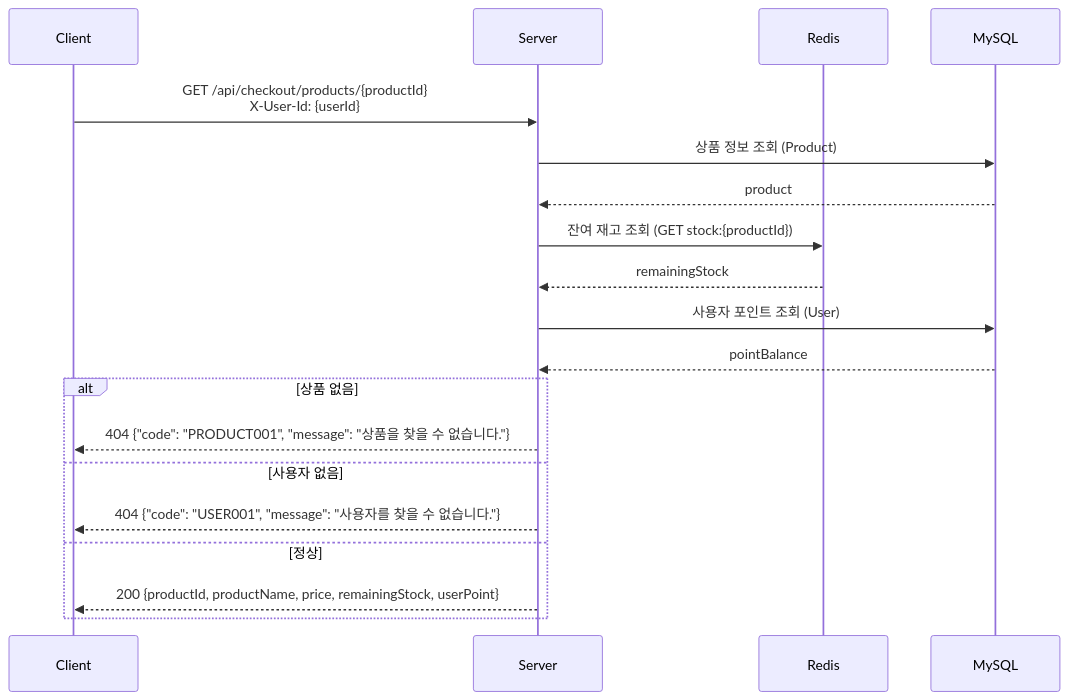
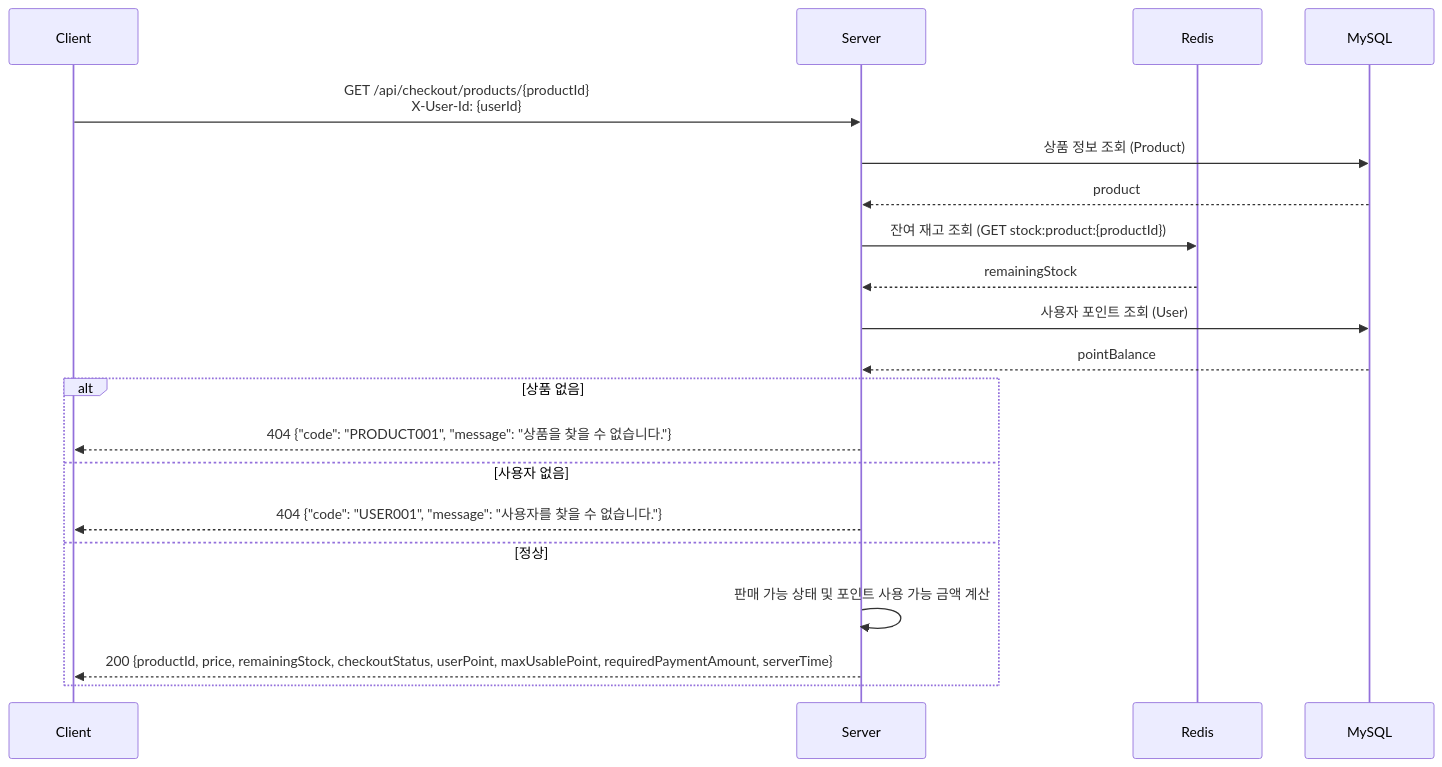
One commit to hyunmin0317/reservation-payment-platform changed the first of 5 diagrams in docs/sequence-diagrams.md. Above: the diagram before and after it, drawn with Mermaid. The commit also changed other lines of this file and 10 other files, not shown here.

````diff
--- a/docs/sequence-diagrams.md
+++ b/docs/sequence-diagrams.md
@@ -5,24 +5,25 @@
 ```mermaid
 sequenceDiagram
     participant C as Client
     participant S as Server
     participant R as Redis
     participant DB as MySQL
 
     C->>S: GET /api/checkout/products/{productId}<br/>X-User-Id: {userId}
 
     S->>DB: 상품 정보 조회 (Product)
     DB-->>S: product
-    S->>R: 잔여 재고 조회 (GET stock:{productId})
+    S->>R: 잔여 재고 조회 (GET stock:product:{productId})
     R-->>S: remainingStock
     S->>DB: 사용자 포인트 조회 (User)
     DB-->>S: pointBalance
 
     alt 상품 없음
         S-->>C: 404 {"code": "PRODUCT001", "message": "상품을 찾을 수 없습니다."}
     else 사용자 없음
         S-->>C: 404 {"code": "USER001", "message": "사용자를 찾을 수 없습니다."}
     else 정상
-        S-->>C: 200 {productId, productName, price, remainingStock, userPoint}
+        S->>S: 판매 가능 상태 및 포인트 사용 가능 금액 계산
+        S-->>C: 200 {productId, price, remainingStock, checkoutStatus, userPoint, maxUsablePoint, requiredPaymentAmount, serverTime}
     end
 ```
````
